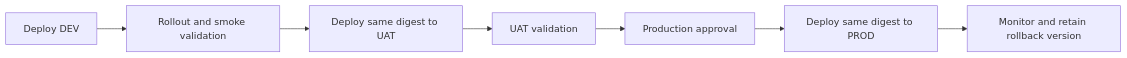
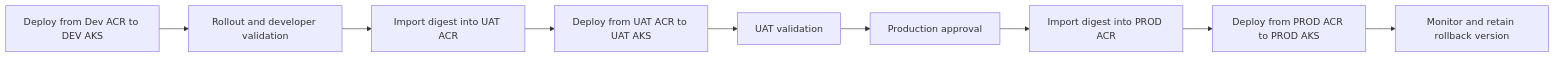
The third of 5 diagrams in Azure_DevSecOps_Platform_Assessment.md (Nisharunnisa-Shaik/azure-enterprise-devops-platform), drawn with Mermaid before and after one commit. The commit also changed other lines of this file and 6 other files, not shown here.

Commit message:
added prisma scan action, aks deploy action , updated md files to read new actions

````diff
--- a/Azure_DevSecOps_Platform_Assessment.md
+++ b/Azure_DevSecOps_Platform_Assessment.md
@@ -145,9 +157,11 @@
 ```mermaid
 flowchart LR
-    A[Deploy DEV] --> B[Rollout and smoke validation]
-    B --> C[Deploy same digest to UAT]
-    C --> D[UAT validation]
-    D --> E[Production approval]
-    E --> F[Deploy same digest to PROD]
-    F --> G[Monitor and retain rollback version]
+    A[Deploy from Dev ACR to DEV AKS] --> B[Rollout and developer validation]
+    B --> C[Import digest into UAT ACR]
+    C --> D[Deploy from UAT ACR to UAT AKS]
+    D --> E[UAT validation]
+    E --> F[Production approval]
+    F --> G[Import digest into PROD ACR]
+    G --> H[Deploy from PROD ACR to PROD AKS]
+    H --> I[Monitor and retain rollback version]
 ```
````
